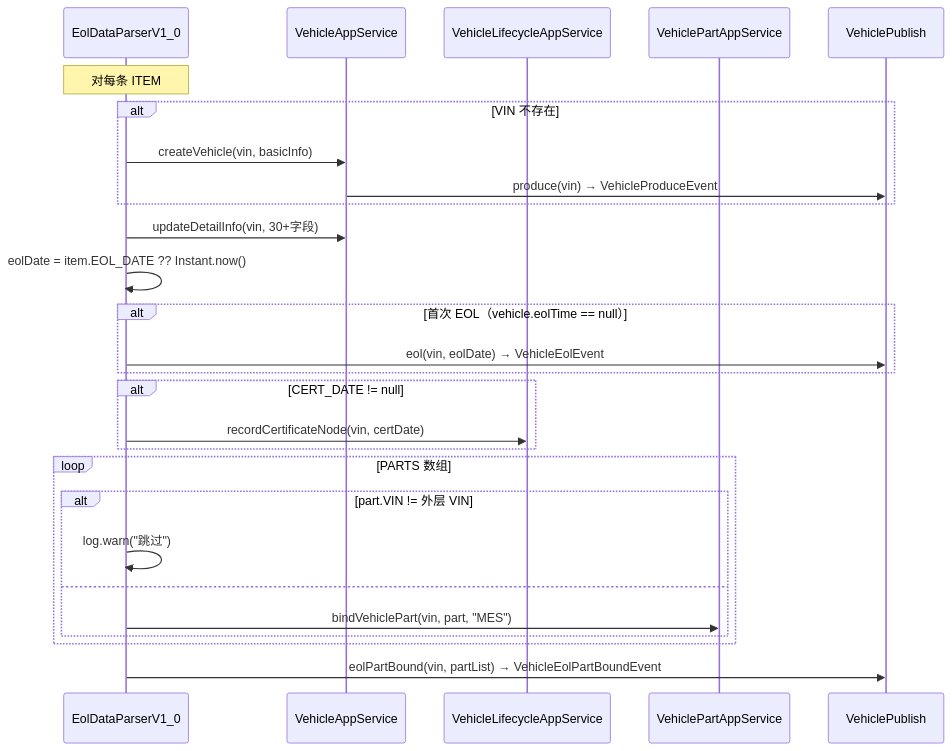
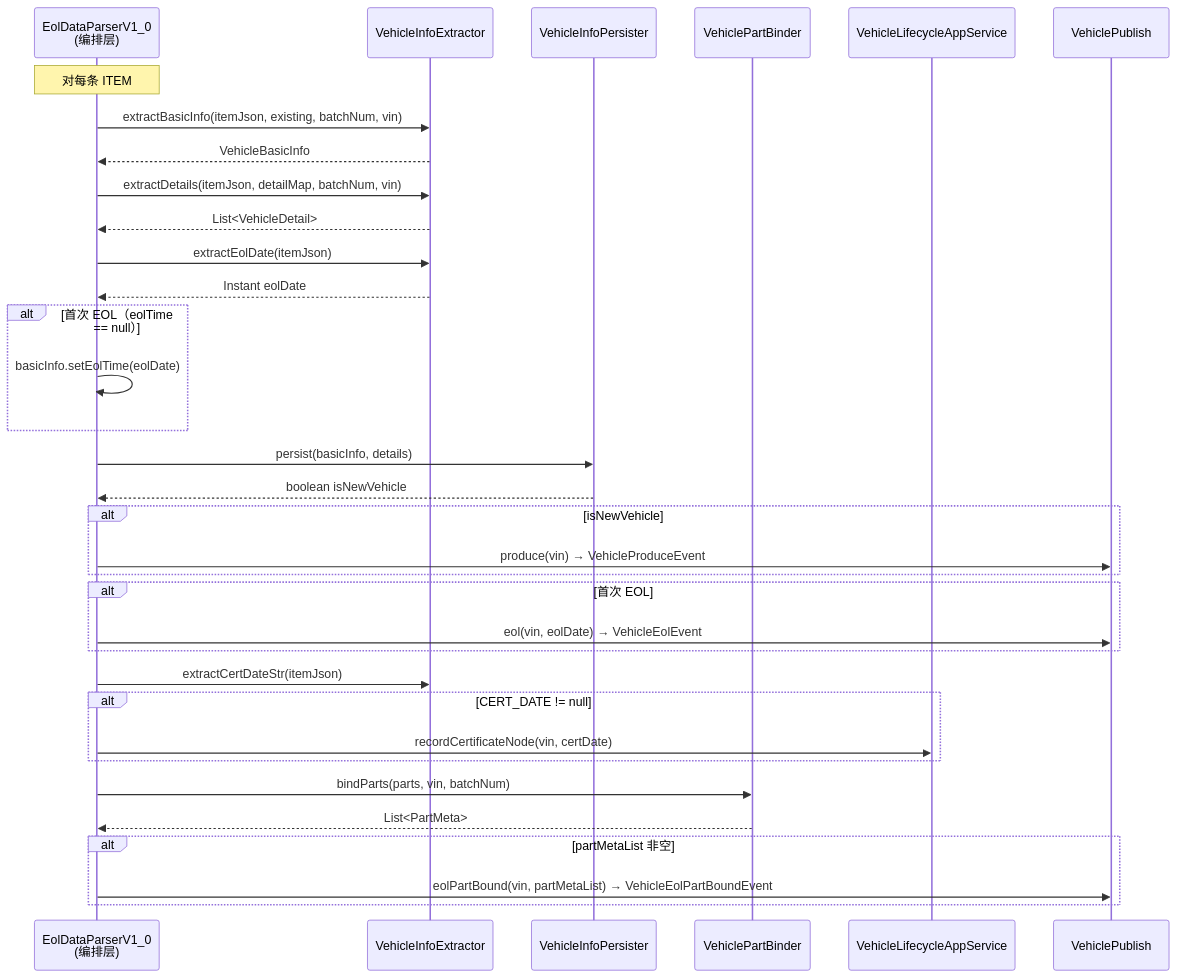
The sixth of 9 diagrams in specs/vehicle-master-data-platform/design.md (hwyzleo/iov-cloud-edd-vmd), drawn with Mermaid before and after one commit. The commit also changed other lines of this file and 1 other file, not shown here.

Commit message:
重构: 重构 EOL 解析器职责拆分

````diff
--- a/specs/vehicle-master-data-platform/design.md
+++ b/specs/vehicle-master-data-platform/design.md
@@ -299,30 +299,37 @@
 ```mermaid
 sequenceDiagram
-    participant P as EolDataParserV1_0
-    participant V as VehicleAppService
+    participant P as EolDataParserV1_0<br/>(编排层)
+    participant EX as VehicleInfoExtractor
+    participant PS as VehicleInfoPersister
+    participant PB as VehiclePartBinder
     participant L as VehicleLifecycleAppService
-    participant VP as VehiclePartAppService
     participant E as VehiclePublish
 
     Note over P: 对每条 ITEM
-    alt VIN 不存在
-        P->>V: createVehicle(vin, basicInfo)
-        V->>E: produce(vin) → VehicleProduceEvent
+    P->>EX: extractBasicInfo(itemJson, existing, batchNum, vin)
+    EX-->>P: VehicleBasicInfo
+    P->>EX: extractDetails(itemJson, detailMap, batchNum, vin)
+    EX-->>P: List<VehicleDetail>
+    P->>EX: extractEolDate(itemJson)
+    EX-->>P: Instant eolDate
+    alt 首次 EOL（eolTime == null）
+        P->>P: basicInfo.setEolTime(eolDate)
     end
-    P->>V: updateDetailInfo(vin, 30+字段)
-    P->>P: eolDate = item.EOL_DATE ?? Instant.now()
-    alt 首次 EOL（vehicle.eolTime == null）
+    P->>PS: persist(basicInfo, details)
+    PS-->>P: boolean isNewVehicle
+    alt isNewVehicle
+        P->>E: produce(vin) → VehicleProduceEvent
+    end
+    alt 首次 EOL
         P->>E: eol(vin, eolDate) → VehicleEolEvent
     end
+    P->>EX: extractCertDateStr(itemJson)
     alt CERT_DATE != null
         P->>L: recordCertificateNode(vin, certDate)
     end
-    loop PARTS 数组
-        alt part.VIN != 外层 VIN
-            P->>P: log.warn("跳过")
-        else
-            P->>VP: bindVehiclePart(vin, part, "MES")
-        end
+    P->>PB: bindParts(parts, vin, batchNum)
+    PB-->>P: List<PartMeta>
+    alt partMetaList 非空
+        P->>E: eolPartBound(vin, partMetaList) → VehicleEolPartBoundEvent
     end
-    P->>E: eolPartBound(vin, partList) → VehicleEolPartBoundEvent
 ```
````
